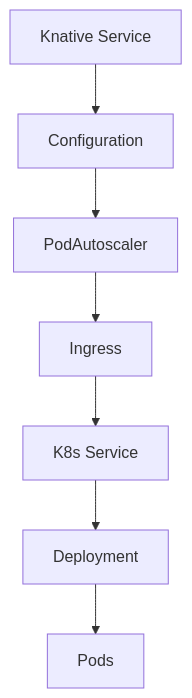
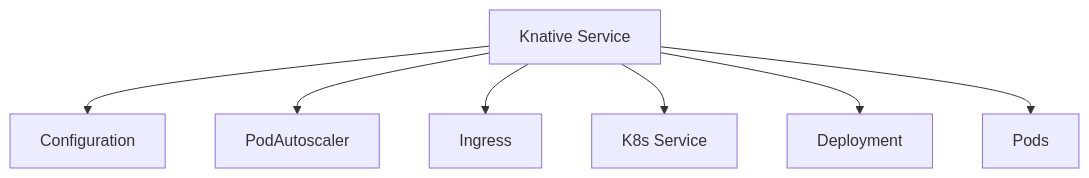
One commit to pksurferdad/knative-microservices changed the second of 4 diagrams in README.md. Above: the diagram before and after it, drawn with Mermaid. The commit also changed other lines of this file, not shown here.

````diff
--- a/README.md
+++ b/README.md
@@ -402,9 +402,9 @@
 ```mermaid
    graph TD    
     A[Knative Service] --> B[Configuration]
-    B --> C[PodAutoscaler]
-    C --> D[Ingress]
-    D --> F[K8s Service]
-    F --> G[Deployment]
-    G --> H[Pods]
+    A --> C[PodAutoscaler]
+    A --> D[Ingress]
+    A --> F[K8s Service]
+    A --> G[Deployment]
+    A --> H[Pods]
 ```
````
